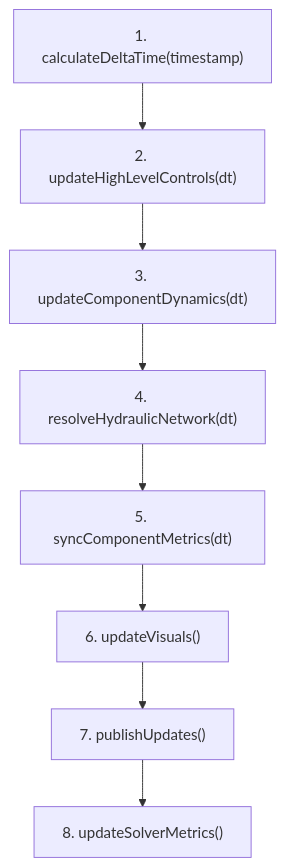
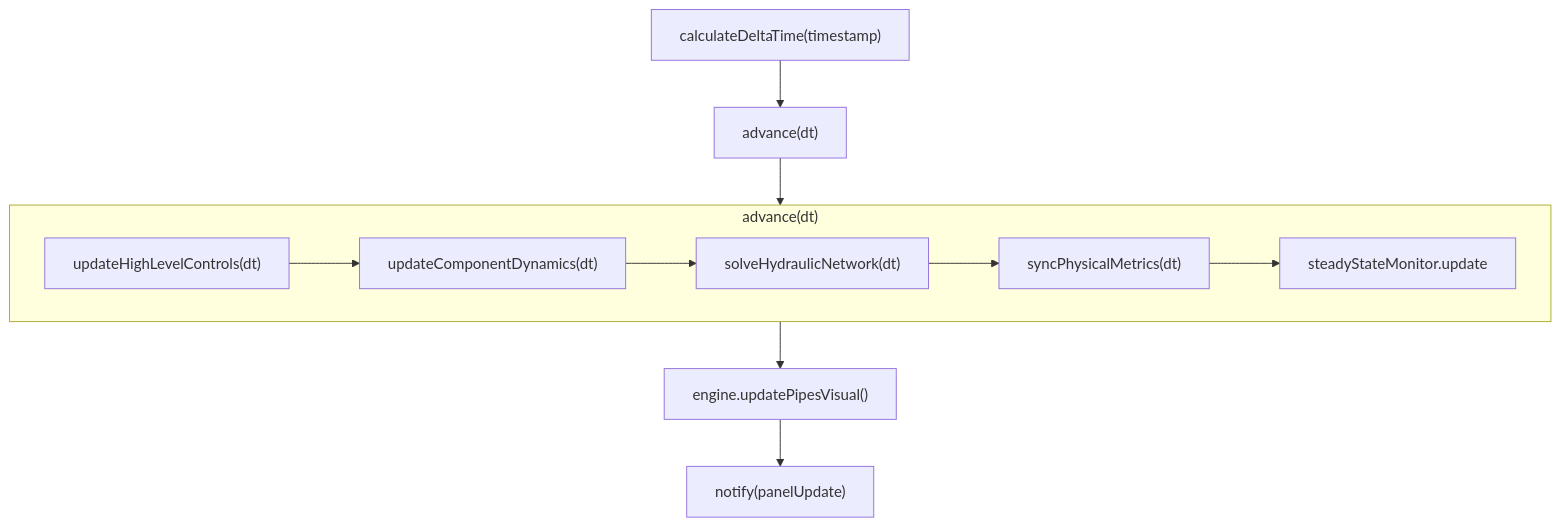
One commit to gaappucrio/ProjGAAPVirtualLab changed the diagram in docs/BACKEND_PHYSICS_AND_ARCHITECTURE.md. Above: the diagram before and after it, drawn with Mermaid. The commit also changed other lines of this file and 4 other files, not shown here.

````diff
--- a/docs/BACKEND_PHYSICS_AND_ARCHITECTURE.md
+++ b/docs/BACKEND_PHYSICS_AND_ARCHITECTURE.md
@@ -46,10 +46,13 @@
 ```mermaid
 graph TD
-    A["1. calculateDeltaTime(timestamp)"] --> B["2. updateHighLevelControls(dt)"]
-    B --> C["3. updateComponentDynamics(dt)"]
-    C --> D["4. resolveHydraulicNetwork(dt)"]
-    D --> E["5. syncComponentMetrics(dt)"]
-    E --> F["6. updateVisuals()"]
-    F --> G["7. publishUpdates()"]
-    G --> H["8. updateSolverMetrics()"]
+    A["calculateDeltaTime(timestamp)"] --> B["advance(dt)"]
+    subgraph ADV["advance(dt)"]
+        B1["updateHighLevelControls(dt)"] --> B2["updateComponentDynamics(dt)"]
+        B2 --> B3["solveHydraulicNetwork(dt)"]
+        B3 --> B4["syncPhysicalMetrics(dt)"]
+        B4 --> B5["steadyStateMonitor.update"]
+    end
+    B --> ADV
+    ADV --> V["engine.updatePipesVisual()"]
+    V --> P["notify(panelUpdate)"]
 ```
````
